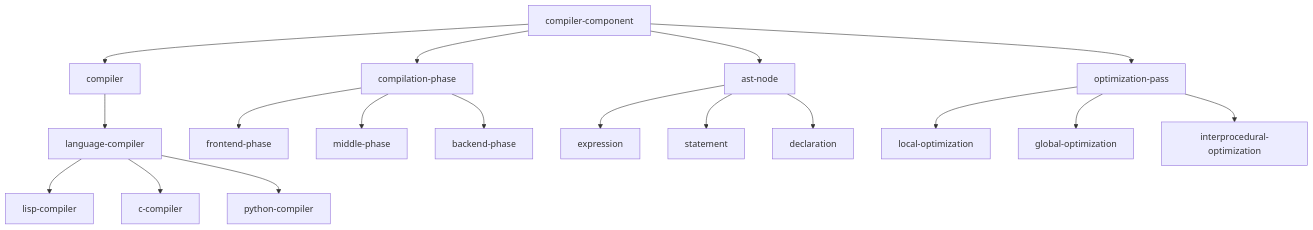
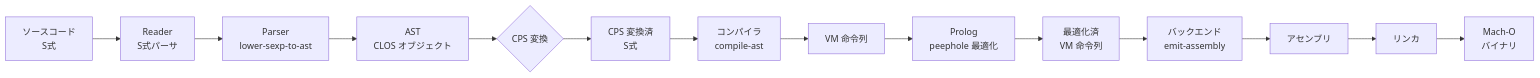
The third of 5 diagrams in docs/ARCHITECTURE.md (takeokunn/cl-cc), drawn with Mermaid before and after one commit. The commit also changed other lines of this file and 109 other files, not shown here.

````diff
--- a/docs/ARCHITECTURE.md
+++ b/docs/ARCHITECTURE.md
@@ -137,26 +784,16 @@
 ```mermaid
-graph TD
-    COMPONENT[compiler-component]
-
-    COMPONENT --> COMPILER[compiler]
-    COMPONENT --> PHASE[compilation-phase]
-    COMPONENT --> NODE[ast-node]
-    COMPONENT --> PASS[optimization-pass]
-
-    COMPILER --> LANG[language-compiler]
-    LANG --> LISP[lisp-compiler]
-    LANG --> C[c-compiler]
-    LANG --> PYTHON[python-compiler]
-
-    PHASE --> FRONTEND[frontend-phase]
-    PHASE --> MIDDLE[middle-phase]
-    PHASE --> BACKEND[backend-phase]
-
-    NODE --> EXPR[expression]
-    NODE --> STMT[statement]
-    NODE --> DECL[declaration]
-
-    PASS --> LOCAL[local-optimization]
-    PASS --> GLOBAL[global-optimization]
-    PASS --> INTER[interprocedural-optimization]
+graph LR
+    A[ソースコード<br/>S式] --> B[Reader<br/>S式パーサ]
+    B --> C[Parser<br/>lower-sexp-to-ast]
+    C --> D[AST<br/>CLOS オブジェクト]
+    D --> E{CPS 変換}
+    E --> F[CPS 変換済<br/>S式]
+    F --> G[コンパイラ<br/>compile-ast]
+    G --> H[VM 命令列]
+    H --> I[Prolog<br/>peephole 最適化]
+    I --> J[最適化済<br/>VM 命令列]
+    J --> K[バックエンド<br/>emit-assembly]
+    K --> L[アセンブリ]
+    L --> M[リンカ]
+    M --> N[Mach-O<br/>バイナリ]
 ```
````
